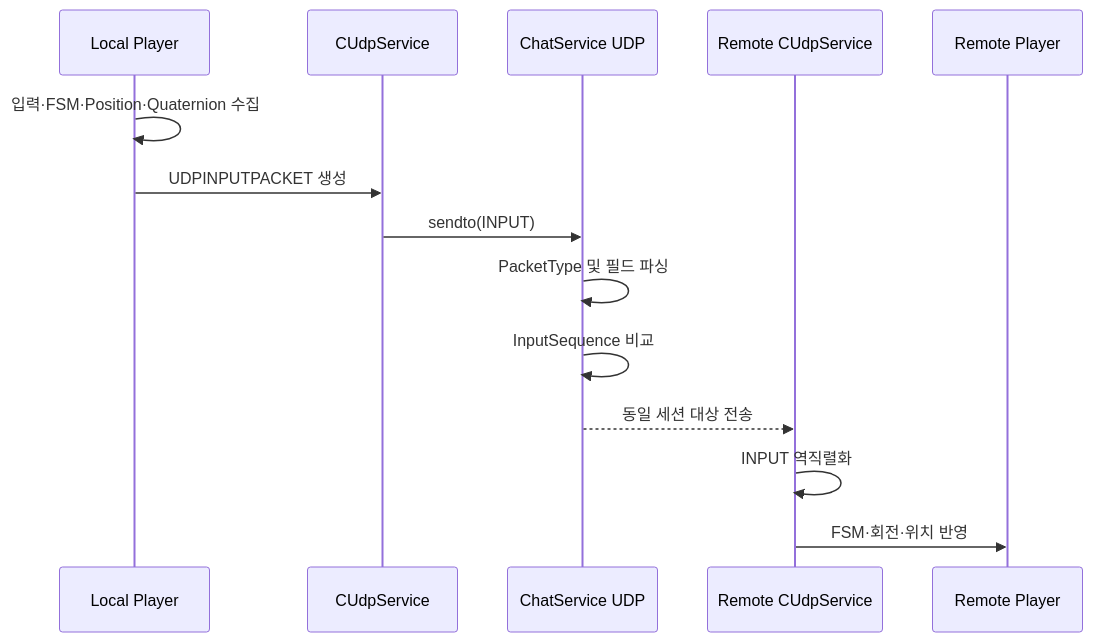
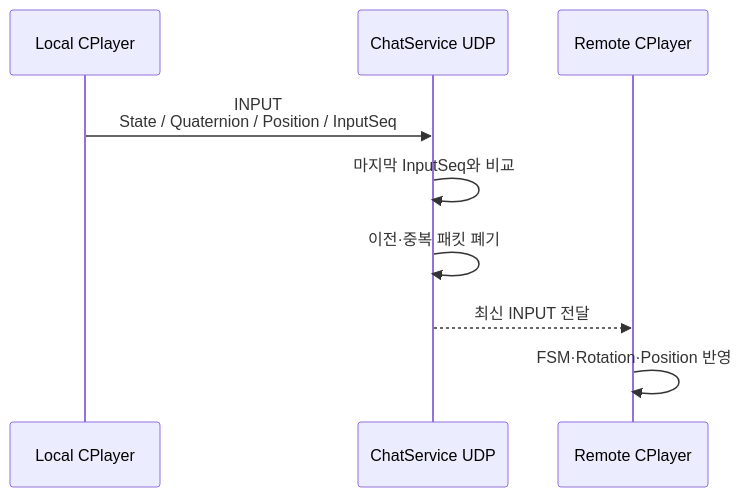
Before and after one commit to Jaehyeok-Soh/Jaehyeok-Soh.github.io: the diagram in _posts/2026-06-24-elden-ring-udp-sync.md, drawn with Mermaid. The commit also changed other lines of this file and 13 other files, not shown here.

````diff
--- a/_posts/2026-06-24-elden-ring-udp-sync.md
+++ b/_posts/2026-06-24-elden-ring-udp-sync.md
@@ -60,17 +40,12 @@
 ```mermaid
 sequenceDiagram
-    participant Local as Local Player
-    participant UdpClient as CUdpService
+    participant Local as Local CPlayer
     participant Server as ChatService UDP
-    participant RemoteUdp as Remote CUdpService
-    participant Remote as Remote Player
+    participant Remote as Remote CPlayer
 
-    Local->>Local: 입력·FSM·Position·Quaternion 수집
-    Local->>UdpClient: UDPINPUTPACKET 생성
-    UdpClient->>Server: sendto(INPUT)
-    Server->>Server: PacketType 및 필드 파싱
-    Server->>Server: InputSequence 비교
-    Server-->>RemoteUdp: 동일 세션 대상 전송
-    RemoteUdp->>RemoteUdp: INPUT 역직렬화
-    RemoteUdp->>Remote: FSM·회전·위치 반영
+    Local->>Server: INPUT<br>State / Quaternion / Position / InputSeq
+    Server->>Server: 마지막 InputSeq와 비교
+    Server->>Server: 이전·중복 패킷 폐기
+    Server-->>Remote: 최신 INPUT 전달
+    Remote->>Remote: FSM·Rotation·Position 반영
 ```
````
